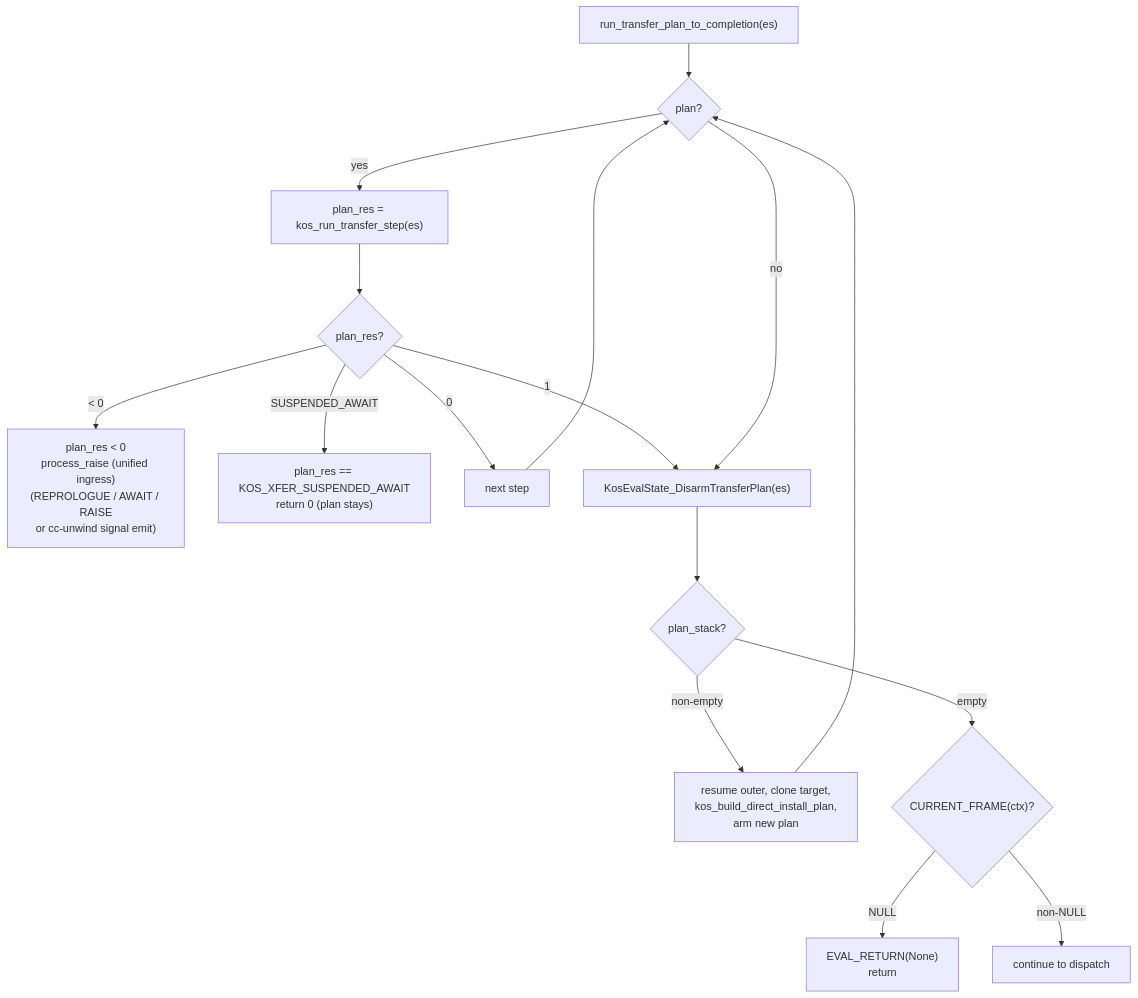
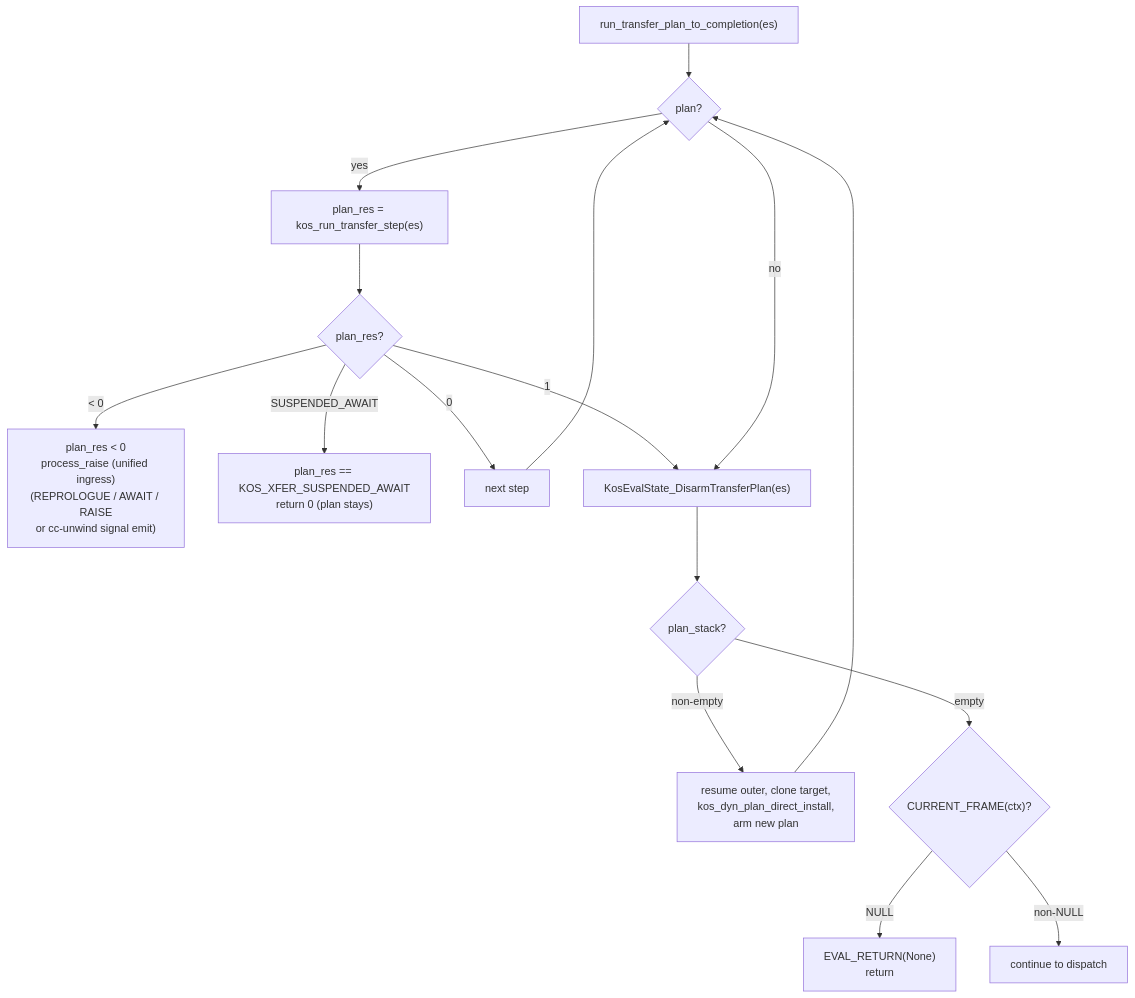
The fourth of 11 diagrams in design/EVALUATOR.md (koskari-lang/koskari), drawn with Mermaid before and after one commit. The commit also changed other lines of this file and 4 other files, not shown here.

````diff
--- a/design/EVALUATOR.md
+++ b/design/EVALUATOR.md
@@ -277,31 +277,31 @@
 ```mermaid
 flowchart TD
     start["run_transfer_plan_to_completion(es)"]
     has_plan{"plan?"}
     step["plan_res = kos_run_transfer_step(es)"]
     step_check{"plan_res?"}
     fail["plan_res < 0<br/>process_raise (unified ingress)<br/>(REPROLOGUE / AWAIT / RAISE<br/>or cc-unwind signal emit)"]
     suspend["plan_res == KOS_XFER_SUSPENDED_AWAIT<br/>return 0 (plan stays)"]
     next_step["next step"]
     clear["KosEvalState_DisarmTransferPlan(es)"]
     stack_check{"plan_stack?"}
-    replan["resume outer, clone target,<br/>kos_build_direct_install_plan,<br/>arm new plan"]
+    replan["resume outer, clone target,<br/>kos_dyn_plan_direct_install,<br/>arm new plan"]
     frame_check{"CURRENT_FRAME(ctx)?"}
     ret_none["EVAL_RETURN(None)<br/>return"]
 
     start --> has_plan
     has_plan -->|yes| step
     step --> step_check
     step_check -->|< 0| fail
     step_check -->|SUSPENDED_AWAIT| suspend
     step_check -->|1| clear
     step_check -->|0| next_step
     next_step --> has_plan
     has_plan -->|no| clear
     clear --> stack_check
     stack_check -->|non-empty| replan
     replan --> has_plan
     stack_check -->|empty| frame_check
     frame_check -->|NULL| ret_none
     frame_check -->|non-NULL| loop_next["continue to dispatch"]
 ```
````
